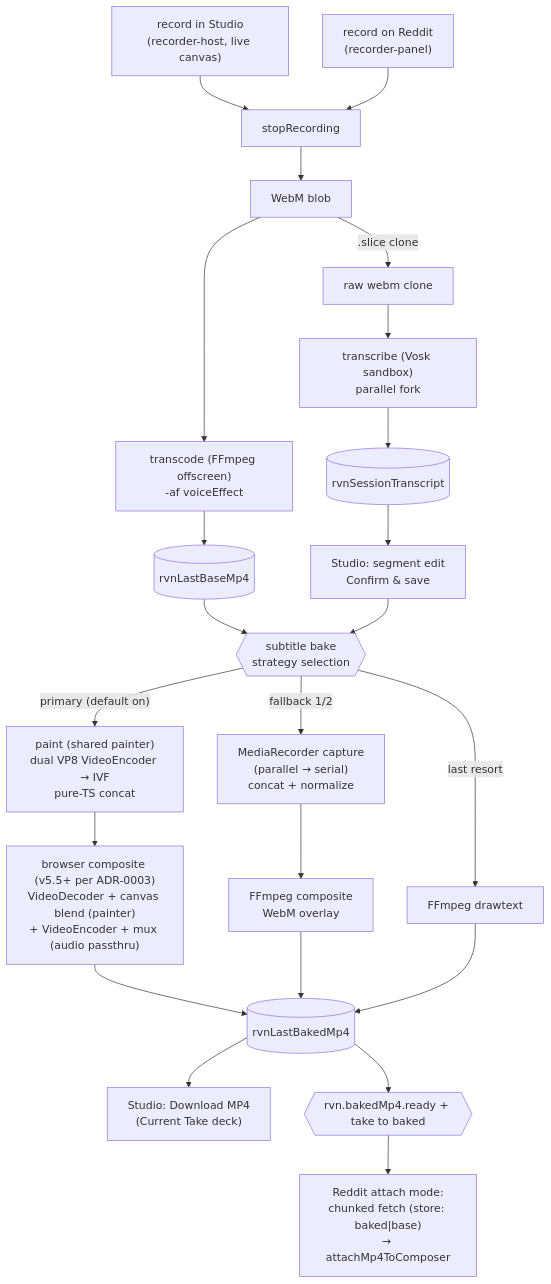
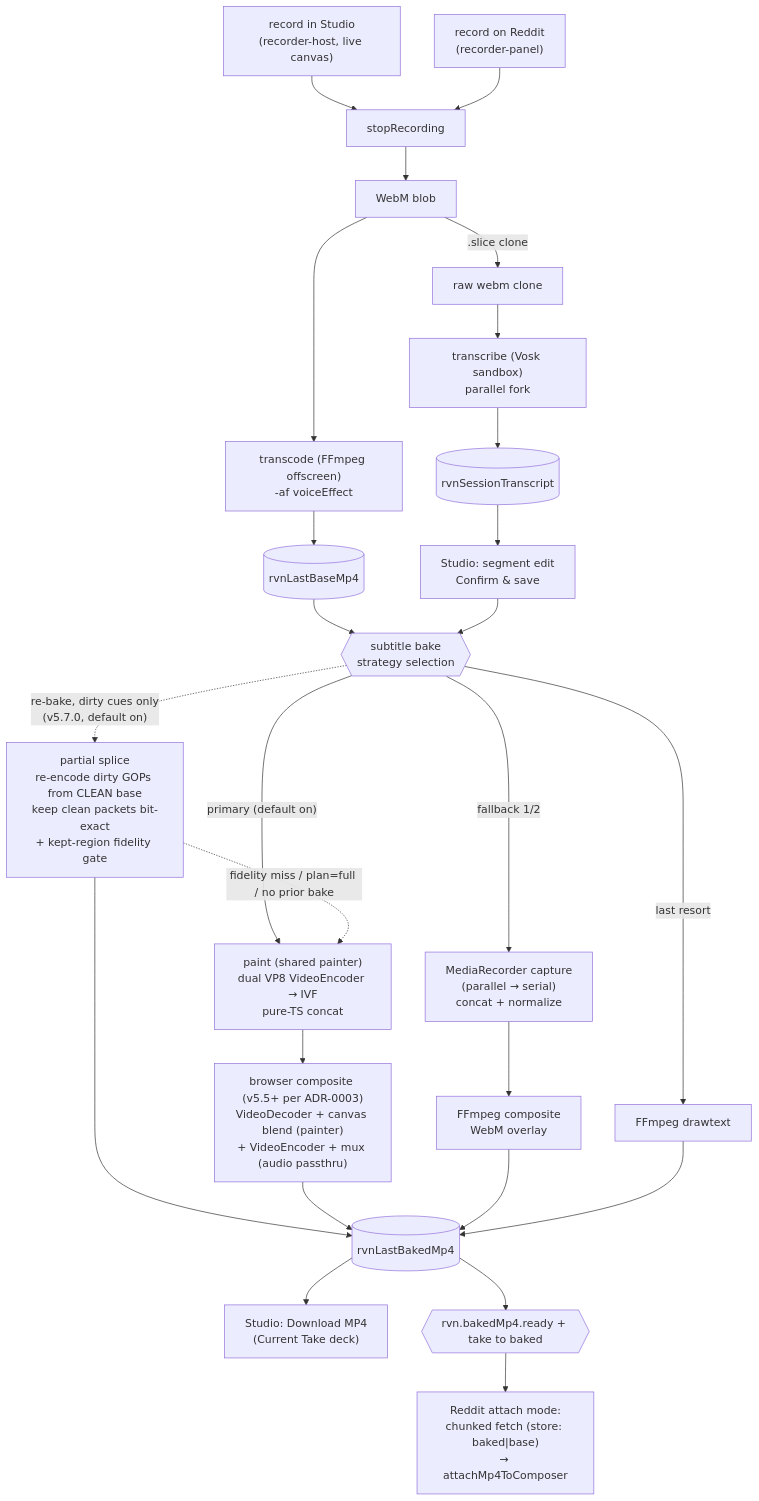
The second of 5 diagrams in docs/architecture/architecture-map.md (bra-khet/reddit-voice-notes-chrome), drawn with Mermaid before and after one commit. The commit also changed other lines of this file and 3 other files, not shown here.

````diff
--- a/docs/architecture/architecture-map.md
+++ b/docs/architecture/architecture-map.md
@@ -84,25 +85,28 @@
 ```mermaid
 flowchart TD
   RS["record in Studio<br/>(recorder-host, live canvas)"] --> STOP[stopRecording]
   RR["record on Reddit<br/>(recorder-panel)"] --> STOP
   STOP --> WEBM[WebM blob]
   WEBM -- ".slice clone" --> CLONE[raw webm clone]
   WEBM --> TC["transcode (FFmpeg offscreen)<br/>-af voiceEffect"]
   CLONE --> TR["transcribe (Vosk sandbox)<br/>parallel fork"]
   TC --> BASE[(rvnLastBaseMp4)]
   TR --> SESS[(rvnSessionTranscript)]
   SESS --> EDIT["Studio: segment edit<br/>Confirm & save"]
   BASE --> BAKE
   EDIT --> BAKE{{"subtitle bake<br/>strategy selection"}}
   BAKE -- "primary (default on)" --> WC["paint (shared painter)<br/>dual VP8 VideoEncoder → IVF<br/>pure-TS concat"]
   BAKE -- "fallback 1/2" --> MR["MediaRecorder capture<br/>(parallel → serial)<br/>concat + normalize"]
   BAKE -- "last resort" --> DT["FFmpeg drawtext"]
+  BAKE -. "re-bake, dirty cues only<br/>(v5.7.0, default on)" .-> SPL["partial splice<br/>re-encode dirty GOPs from CLEAN base<br/>keep clean packets bit-exact<br/>+ kept-region fidelity gate"]
+  SPL -. "fidelity miss / plan=full / no prior bake" .-> WC
+  SPL --> BAKED
   WC --> COMP["browser composite (v5.5+ per ADR-0003)<br/>VideoDecoder + canvas blend (painter)<br/>+ VideoEncoder + mux (audio passthru)"]
   MR --> COMP2["FFmpeg composite<br/>WebM overlay"]
   COMP --> BAKED[(rvnLastBakedMp4)]
   COMP2 --> BAKED
   DT --> BAKED
   BAKED --> DECK["Studio: Download MP4<br/>(Current Take deck)"]
   BAKED --> SIG{{"rvn.bakedMp4.ready + take to baked"}}
   SIG --> ATTACH["Reddit attach mode:<br/>chunked fetch (store: baked|base)<br/>→ attachMp4ToComposer"]
 ```
````
